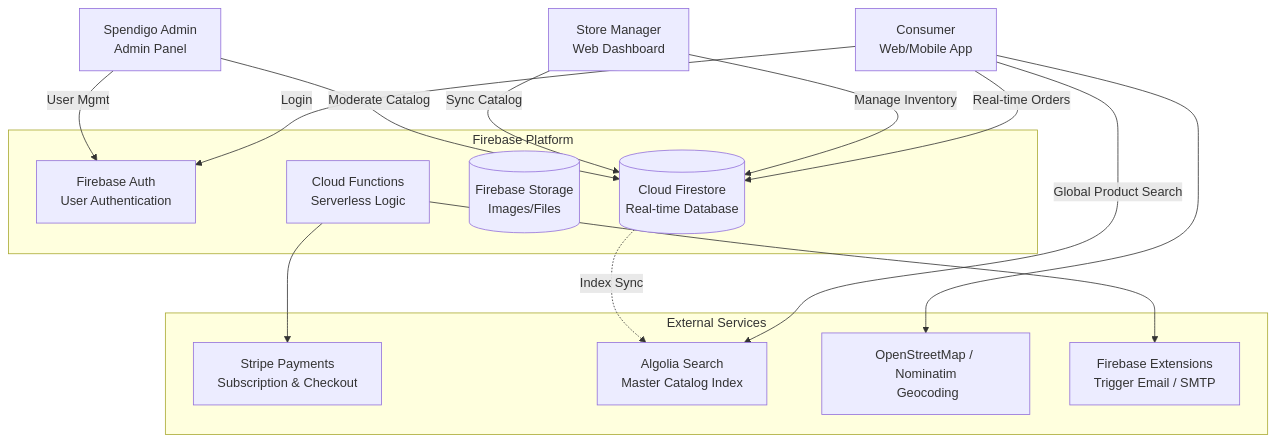
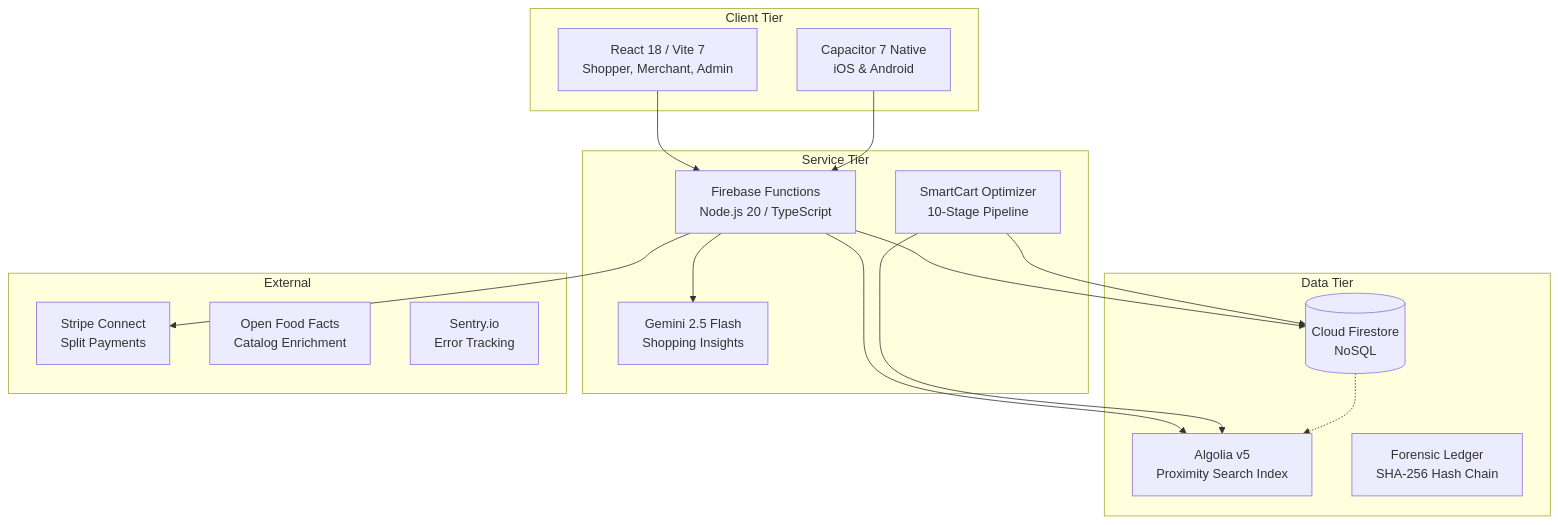
The diagram in docs/ARCHITECTURE.md (spendigo-admin/spendigo-v1-relational_db), drawn with Mermaid before and after one commit. The commit also changed other lines of this file and 26 other files, not shown here.

````diff
--- a/docs/ARCHITECTURE.md
+++ b/docs/ARCHITECTURE.md
@@ -19,35 +21,31 @@
 ```mermaid
 graph TB
-    Consumer[Consumer<br/>Web/Mobile App]
-    StoreMgr[Store Manager<br/>Web Dashboard]
-    Admin[Spendigo Admin<br/>Admin Panel]
-
-    subgraph Firebase Platform
-        Auth[Firebase Auth<br/>User Authentication]
-        Firestore[(Cloud Firestore<br/>Real-time Database)]
-        Storage[(Firebase Storage<br/>Images/Files)]
-        Functions[Cloud Functions<br/>Serverless Logic]
+    subgraph Client Tier
+        Web[React 18 / Vite 7<br/>Shopper, Merchant, Admin]
+        Mobile[Capacitor 7 Native<br/>iOS & Android]
     end
 
-    subgraph External Services
-        Stripe[Stripe Payments<br/>Subscription & Checkout]
-        Algolia[Algolia Search<br/>Master Catalog Index]
-        OSM[OpenStreetMap / Nominatim<br/> Geocoding]
-        Email[Firebase Extensions<br/>Trigger Email / SMTP]
+    subgraph Service Tier
+        API[Firebase Functions<br/>Node.js 20 / TypeScript]
+        Optimizer[SmartCart Optimizer<br/>10-Stage Pipeline]
+        AI[Gemini 2.5 Flash<br/>Shopping Insights]
     end
 
-    Consumer -->|Login| Auth
-    Consumer -->|Real-time Orders| Firestore
-    Consumer -->|Global Product Search| Algolia
-    
-    StoreMgr -->|Manage Inventory| Firestore
-    StoreMgr -->|Sync Catalog| Firestore
-    Firestore -.->|Index Sync| Algolia
+    subgraph Data Tier
+        DB[(Cloud Firestore<br/>NoSQL)]
+        Search[Algolia v5<br/>Proximity Search Index]
+        Audit[Forensic Ledger<br/>SHA-256 Hash Chain]
+    end
 
-    Admin -->|Moderate Catalog| Firestore
-    Admin -->|User Mgmt| Auth
-    
-    Functions --> Stripe
-    Functions --> Email
-    Consumer --> OSM
+    subgraph External
+        Stripe[Stripe Connect<br/>Split Payments]
+        OpenFood[Open Food Facts<br/>Catalog Enrichment]
+        Sentry[Sentry.io<br/>Error Tracking]
+    end
+
+    Web & Mobile --> API
+    API --> DB & Search
+    API --> Stripe & AI
+    Optimizer --> Search & DB
+    DB -.-> Search
 ```
````
